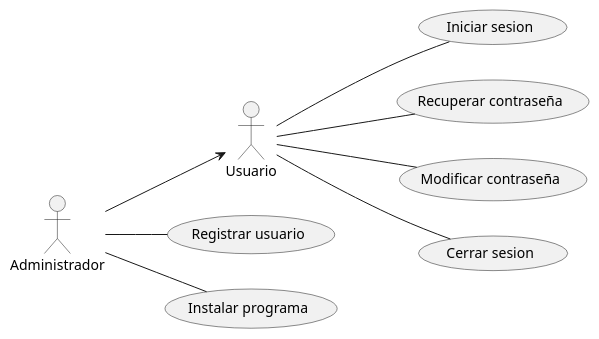
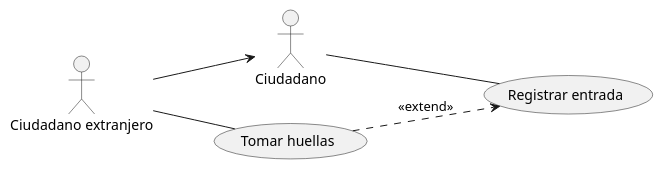
The diagram in src/Clases_De_Uso.puml (franmolinaadan/UML_1_Molina), drawn with PlantUML before and after one commit.

Commit message:
Puesto fronterizo ejemplo

```diff
--- a/src/Clases_De_Uso.puml
+++ b/src/Clases_De_Uso.puml
@@ -1,23 +1,13 @@
 @startuml
 left to right direction
-actor "Usuario" as us
-actor "Administrador" as admin
+actor "Ciudadano" as ciu
+actor "Ciudadano extranjero" as ciuE
 
-usecase "Iniciar sesion" as (login)
-usecase "Recuperar contraseña" as (recover)
-usecase "Modificar contraseña" as (modify)
-usecase "Cerrar sesion" as (logout)
+usecase "Registrar entrada" as (regis)
+usecase "Tomar huellas" as (huellas)
 
-usecase "Registrar usuario" as (Registrar)
-usecase "Instalar programa" as (install)
-
-us -- login
-us -- recover
-us -- modify
-us -- logout
-
-admin -- Registrar
-admin -- install
-admin --> us
-
+ciu -- regis
+ciuE -- huellas
+ciuE --> ciu
+huellas ..> regis :<<extend>>
 @enduml
```
